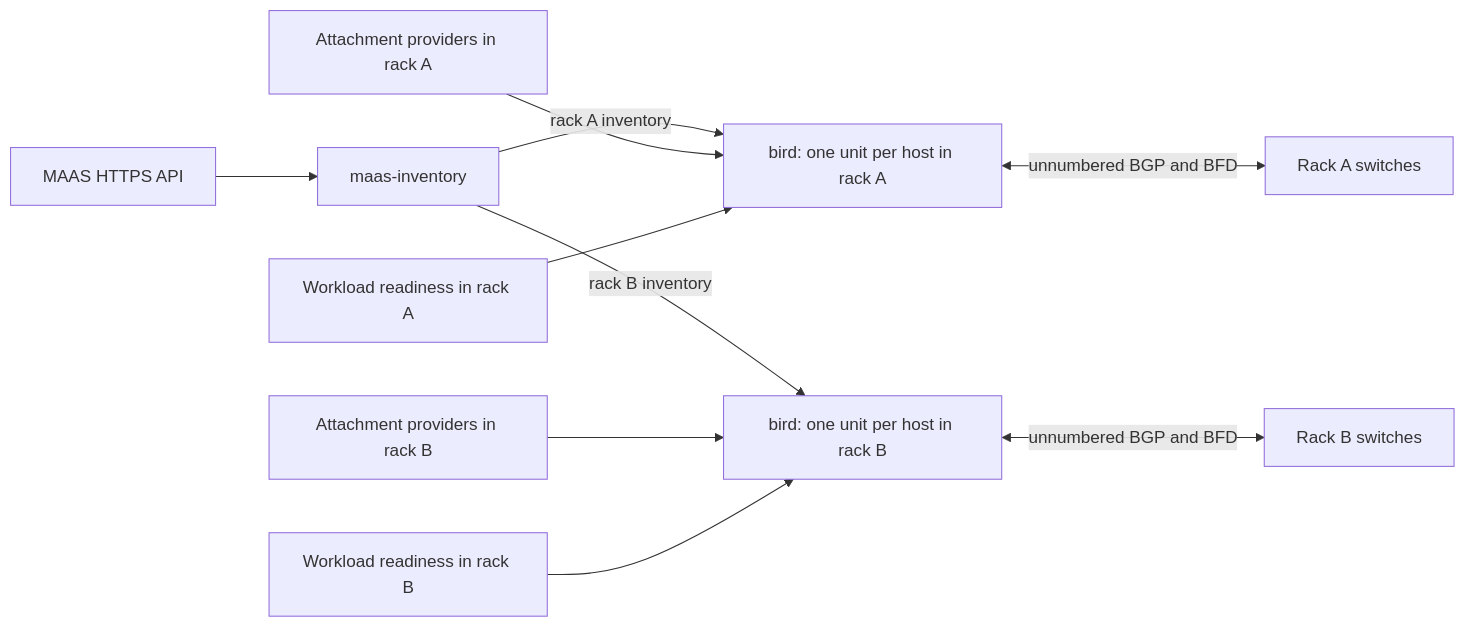
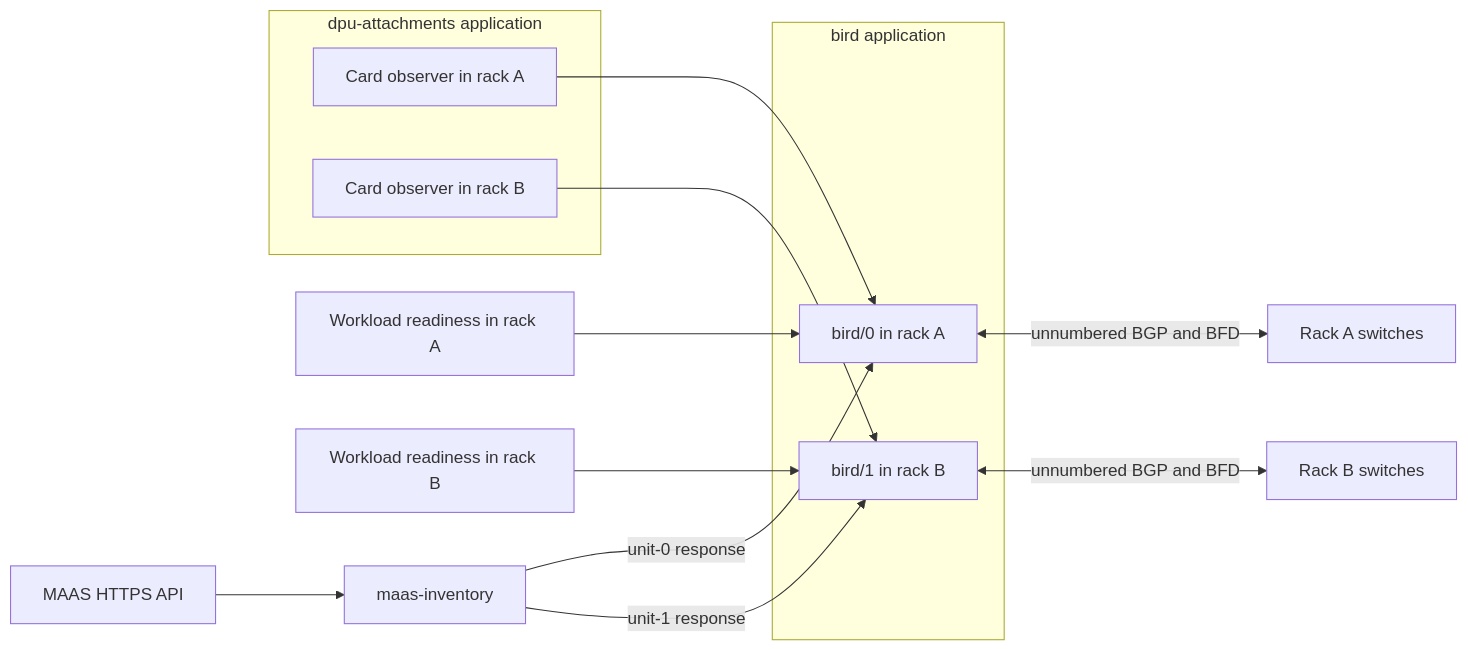
The diagram in README.md (gboutry/bird-maas), drawn with Mermaid before and after one commit. The commit also changed other lines of this file and 28 other files, not shown here.

First line of the commit message:
feat: authorize routing per unit across rack boundaries

````diff
--- a/README.md
+++ b/README.md
@@ -32,12 +33,20 @@
 ```mermaid
 flowchart LR
     MAAS[MAAS HTTPS API] --> INV[maas-inventory]
-    INV -->|rack A inventory| A[bird: one unit per host in rack A]
-    INV -->|rack B inventory| B[bird: one unit per host in rack B]
-    DA[Attachment providers in rack A] --> A
-    DB[Attachment providers in rack B] --> B
+    subgraph BIRD[bird application]
+        A[bird/0 in rack A]
+        B[bird/1 in rack B]
+    end
+    INV -->|unit-0 response| A
+    INV -->|unit-1 response| B
+    subgraph DPUS[dpu-attachments application]
+        DA[Card observer in rack A]
+        DB[Card observer in rack B]
+    end
+    DA --> A
+    DB --> B
     WA[Workload readiness in rack A] --> A
     WB[Workload readiness in rack B] --> B
     A <-->|unnumbered BGP and BFD| TA[Rack A switches]
     B <-->|unnumbered BGP and BFD| TB[Rack B switches]
 ```
````
